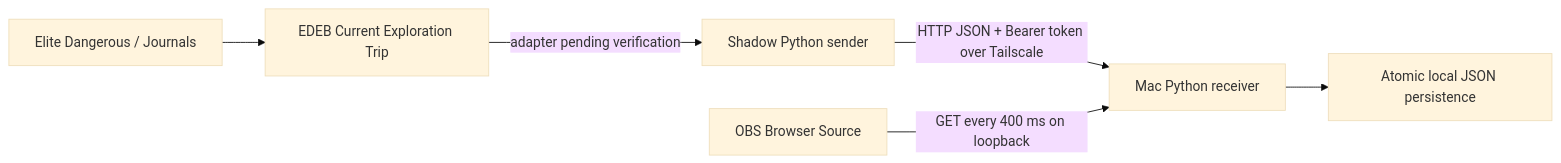
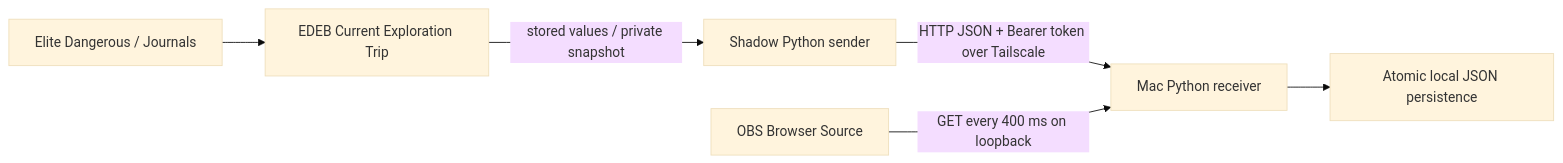
Before and after one commit to JNPierre57/EliteTelemetryOverlay: the diagram in docs/ARCHITECTURE.md, drawn with Mermaid (base theme). The commit also changed other lines of this file and 12 other files, not shown here.

Commit message:
Read observed EDEB current-trip values from guarded private snapshots

````diff
--- a/docs/ARCHITECTURE.md
+++ b/docs/ARCHITECTURE.md
@@ -3,8 +3,8 @@
 ```mermaid
 flowchart LR
     ED[Elite Dangerous / Journals] --> EDEB[EDEB Current Exploration Trip]
-    EDEB -->|adapter pending verification| S[Shadow Python sender]
+    EDEB -->|stored values / private snapshot| S[Shadow Python sender]
     S -->|HTTP JSON + Bearer token over Tailscale| R[Mac Python receiver]
     R --> P[Atomic local JSON persistence]
     OBS[OBS Browser Source] -->|GET every 400 ms on loopback| R
 ```
````
